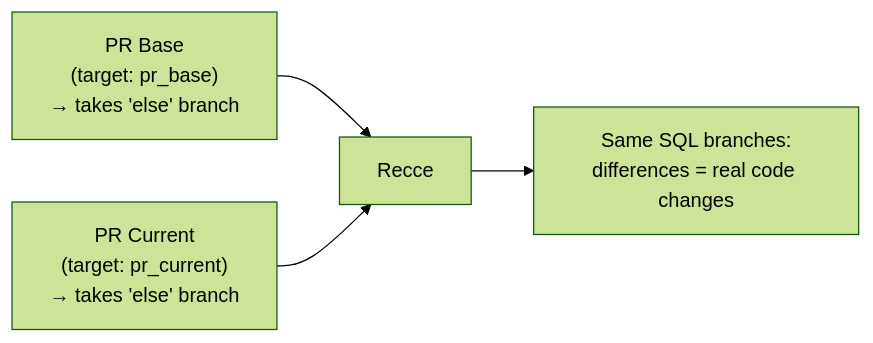
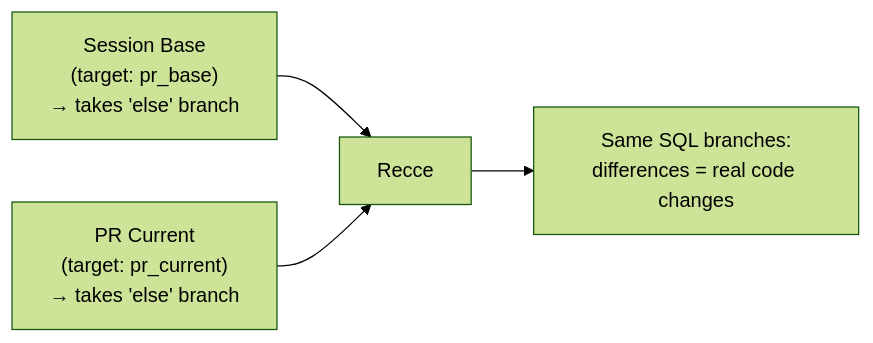
One commit to DataRecce/recce-docs changed the second of 2 diagrams in docs/setup-guides/environment-advanced.md. Above: the diagram before and after it, drawn with Mermaid (forest theme). The commit also changed other lines of this file, not shown here.

First line of the commit message:
docs: fix recce-cloud upload commands and use session base terminology

````diff
--- a/docs/setup-guides/environment-advanced.md
+++ b/docs/setup-guides/environment-advanced.md
@@ -88,6 +88,6 @@
 ```mermaid
 graph LR
-    P2["PR Base<br/>(target: pr_base)<br/>→ takes 'else' branch"] --> R2["Recce"]
+    P2["Session Base<br/>(target: pr_base)<br/>→ takes 'else' branch"] --> R2["Recce"]
     C2["PR Current<br/>(target: pr_current)<br/>→ takes 'else' branch"] --> R2
     R2 --> OK["Same SQL branches:<br/>differences = real code changes"]
 ```
````
